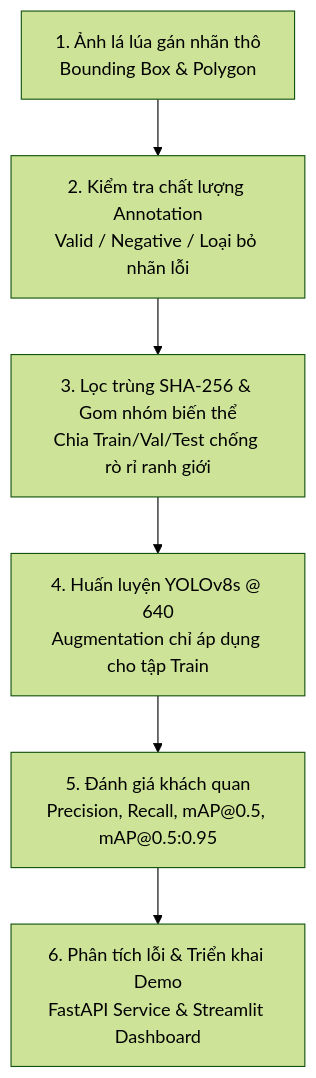
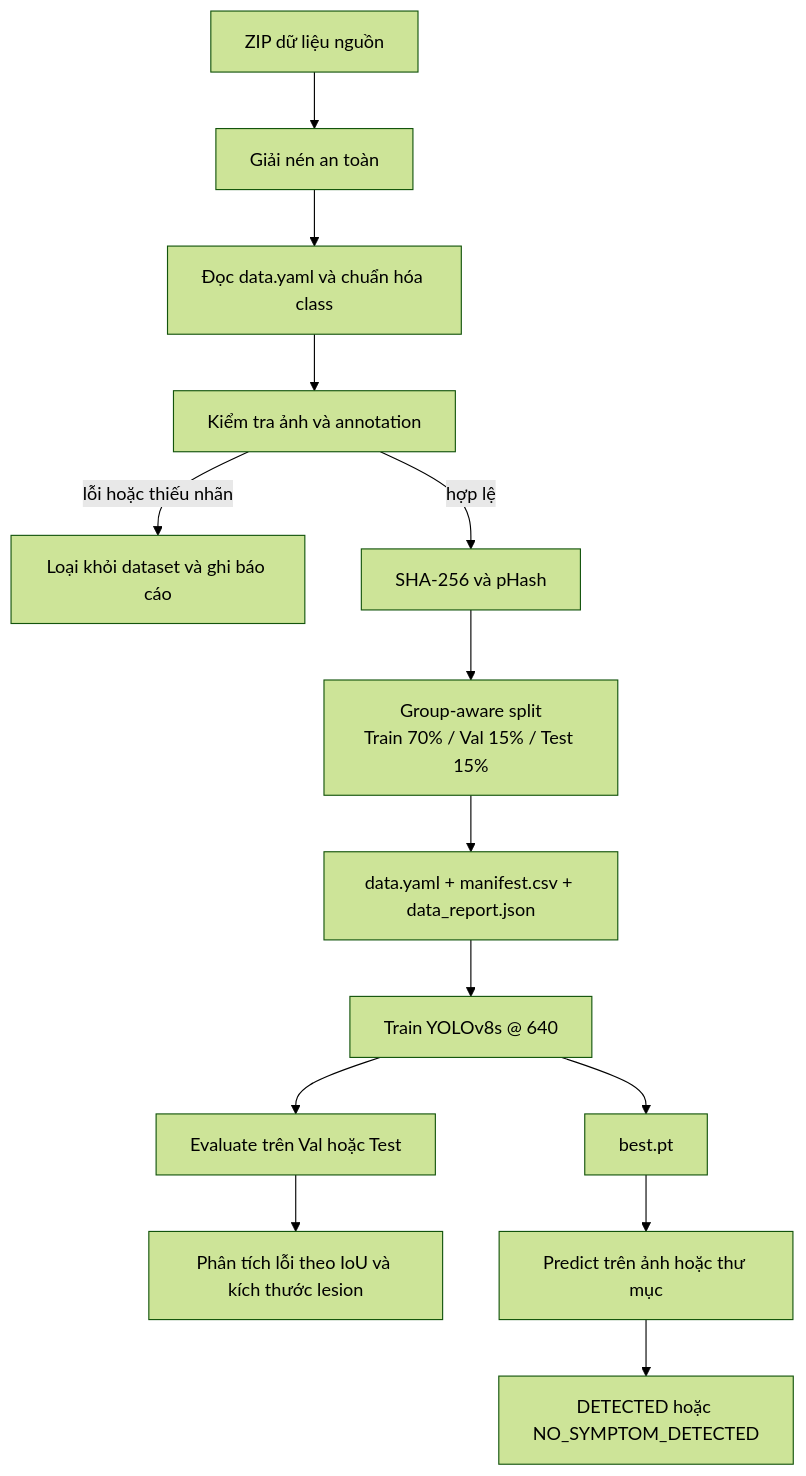
The diagram in README.md (haminhthong/Rice-Leaf-Disease-Detection), drawn with Mermaid (forest theme) before and after one commit. The commit also changed other lines of this file and 22 other files, not shown here.

````diff
--- a/README.md
+++ b/README.md
@@ -45,8 +23,16 @@
 ```mermaid
 flowchart TD
-    A[1. Ảnh lá lúa gán nhãn thô<br/>Bounding Box & Polygon] --> B[2. Kiểm tra chất lượng Annotation<br/>Valid / Negative / Loại bỏ nhãn lỗi]
-    B --> C[3. Lọc trùng SHA-256 & Gom nhóm biến thể<br/>Chia Train/Val/Test chống rò rỉ ranh giới]
-    C --> D[4. Huấn luyện YOLOv8s @ 640<br/>Augmentation chỉ áp dụng cho tập Train]
-    D --> E[5. Đánh giá khách quan<br/>Precision, Recall, mAP@0.5, mAP@0.5:0.95]
-    E --> F[6. Phân tích lỗi & Triển khai Demo<br/>FastAPI Service & Streamlit Dashboard]
+    A[ZIP dữ liệu nguồn] --> B[Giải nén an toàn]
+    B --> C[Đọc data.yaml và chuẩn hóa class]
+    C --> D[Kiểm tra ảnh và annotation]
+    D -->|lỗi hoặc thiếu nhãn| Q[Loại khỏi dataset và ghi báo cáo]
+    D -->|hợp lệ| E[SHA-256 và pHash]
+    E --> F[Group-aware split<br/>Train 70% / Val 15% / Test 15%]
+    F --> G[data.yaml + manifest.csv + data_report.json]
+    G --> H[Train YOLOv8s @ 640]
+    H --> I[Evaluate trên Val hoặc Test]
+    I --> J[Phân tích lỗi theo IoU và kích thước lesion]
+    H --> K[best.pt]
+    K --> L[Predict trên ảnh hoặc thư mục]
+    L --> M[DETECTED hoặc NO_SYMPTOM_DETECTED]
 ```
````
